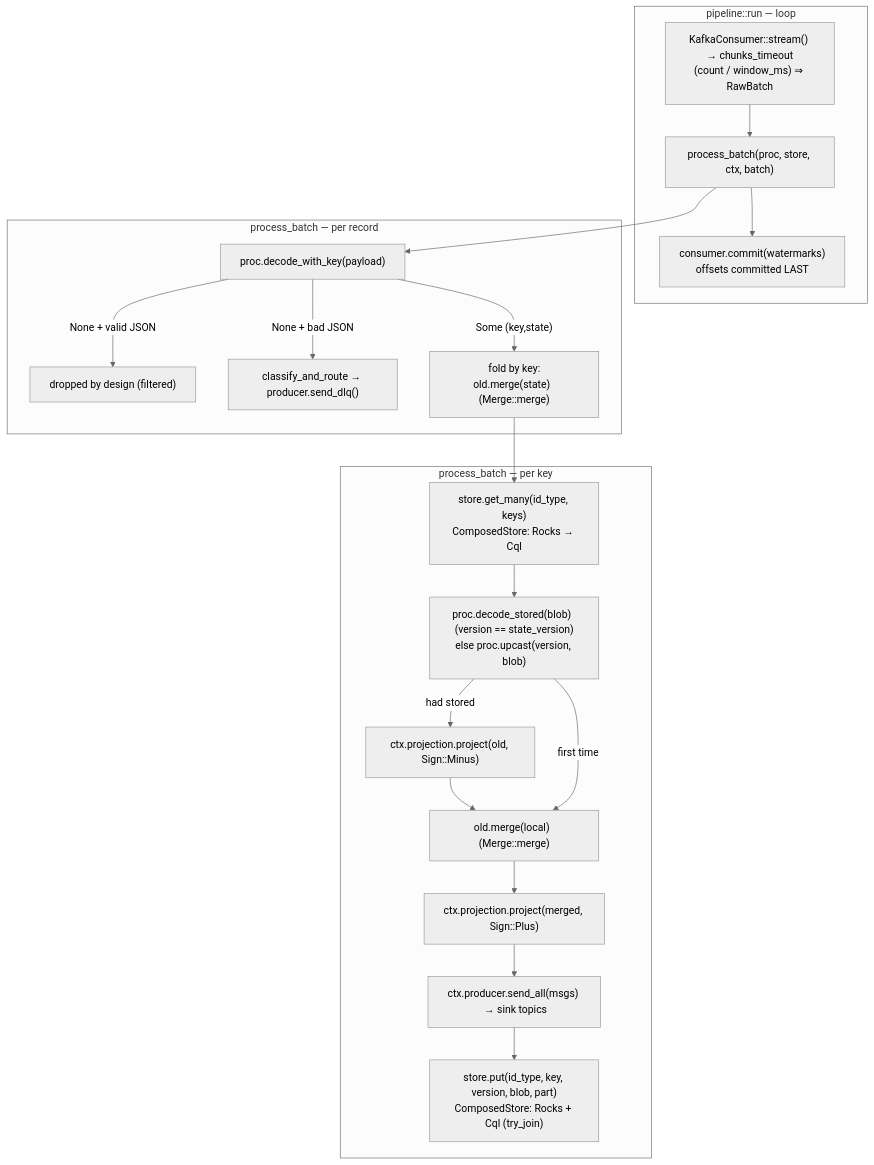
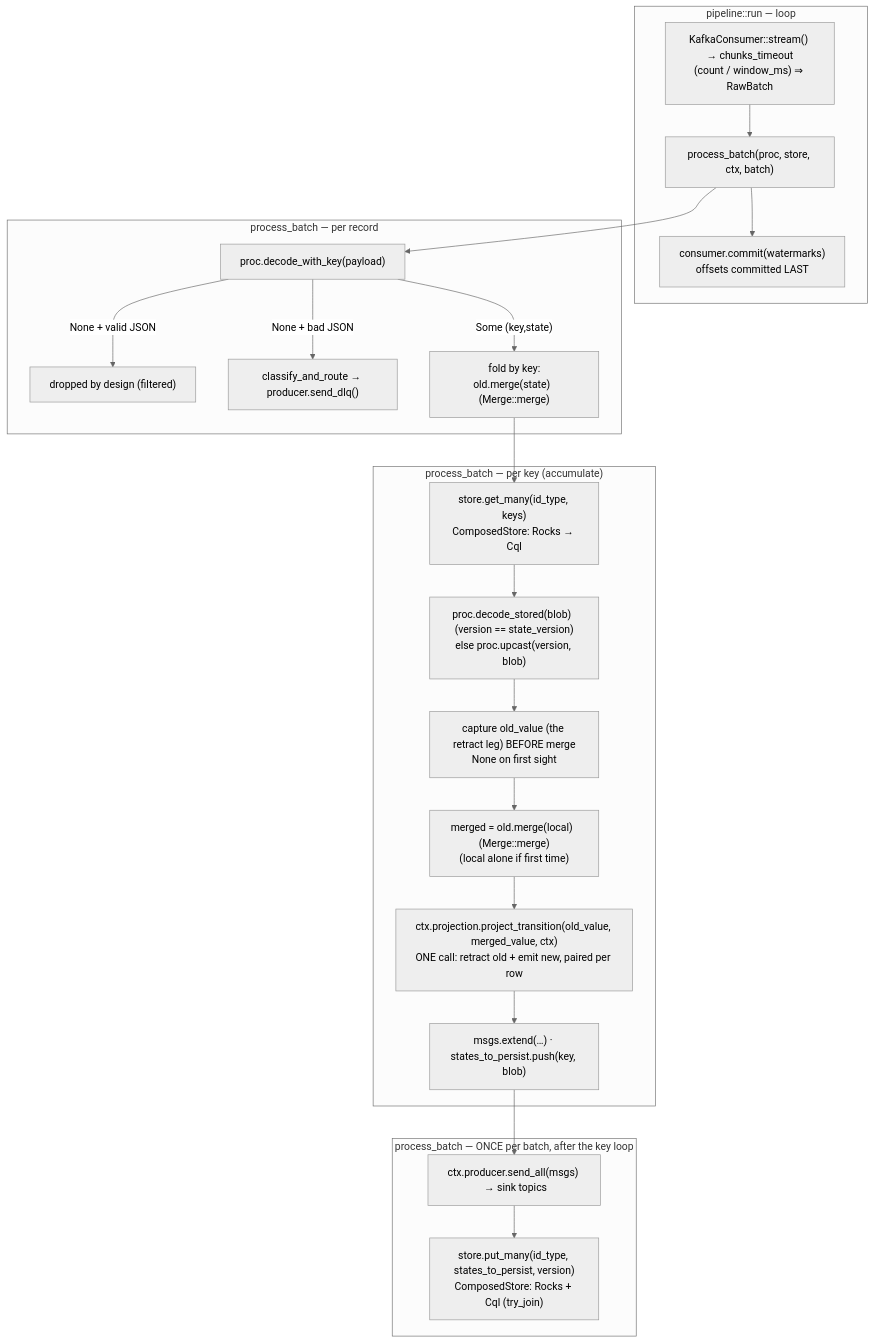
One commit to su-shivanshmathur/stitcher changed the second of 5 diagrams in docs/DATA_FLOW.md. Above: the diagram before and after it, drawn with Mermaid (neutral theme). The commit also changed other lines of this file and 1 other file, not shown here.

Commit message:
Enhance data flow documentation for batch processing and idempotency clarification

````diff
--- a/docs/DATA_FLOW.md
+++ b/docs/DATA_FLOW.md
@@ -32,29 +32,33 @@
 ```mermaid
 flowchart TD
   subgraph RUN["pipeline::run — loop"]
     C["KafkaConsumer::stream() → chunks_timeout<br/>(count / window_ms) ⇒ RawBatch"]
     C --> PB["process_batch(proc, store, ctx, batch)"]
     PB --> CM["consumer.commit(watermarks)<br/>offsets committed LAST"]
   end
 
   subgraph PB2["process_batch — per record"]
     D["proc.decode_with_key(payload)"]
     D -->|None + valid JSON| FIL["dropped by design (filtered)"]
     D -->|None + bad JSON| DLQ["classify_and_route → producer.send_dlq()"]
     D -->|"Some (key,state)"| FOLD["fold by key:<br/>old.merge(state)  (Merge::merge)"]
   end
 
-  subgraph PB3["process_batch — per key"]
+  subgraph PB3["process_batch — per key (accumulate)"]
     GM["store.get_many(id_type, keys)<br/>ComposedStore: Rocks → Cql"]
     GM --> DS["proc.decode_stored(blob)  (version == state_version)<br/>else proc.upcast(version, blob)"]
-    DS -->|had stored| MIN["ctx.projection.project(old, Sign::Minus)"]
-    MIN --> MG["old.merge(local)  (Merge::merge)"]
-    DS -->|first time| MG
-    MG --> PLUS["ctx.projection.project(merged, Sign::Plus)"]
-    PLUS --> SEND["ctx.producer.send_all(msgs)  → sink topics"]
-    SEND --> PUT["store.put(id_type, key, version, blob, part)<br/>ComposedStore: Rocks + Cql (try_join)"]
+    DS --> OLD["capture old_value (the retract leg) BEFORE merge<br/>None on first sight"]
+    OLD --> MG["merged = old.merge(local)  (Merge::merge)<br/>(local alone if first time)"]
+    MG --> PT["ctx.projection.project_transition(old_value, merged_value, ctx)<br/>ONE call: retract old + emit new, paired per row"]
+    PT --> ACC["msgs.extend(…) · states_to_persist.push(key, blob)"]
+  end
+
+  subgraph PB4["process_batch — ONCE per batch, after the key loop"]
+    SEND["ctx.producer.send_all(msgs)  → sink topics"]
+    SEND --> PUT["store.put_many(id_type, states_to_persist, version)<br/>ComposedStore: Rocks + Cql (try_join)"]
   end
 
   PB --> D
   FOLD --> GM
+  ACC --> SEND
 ```
````
